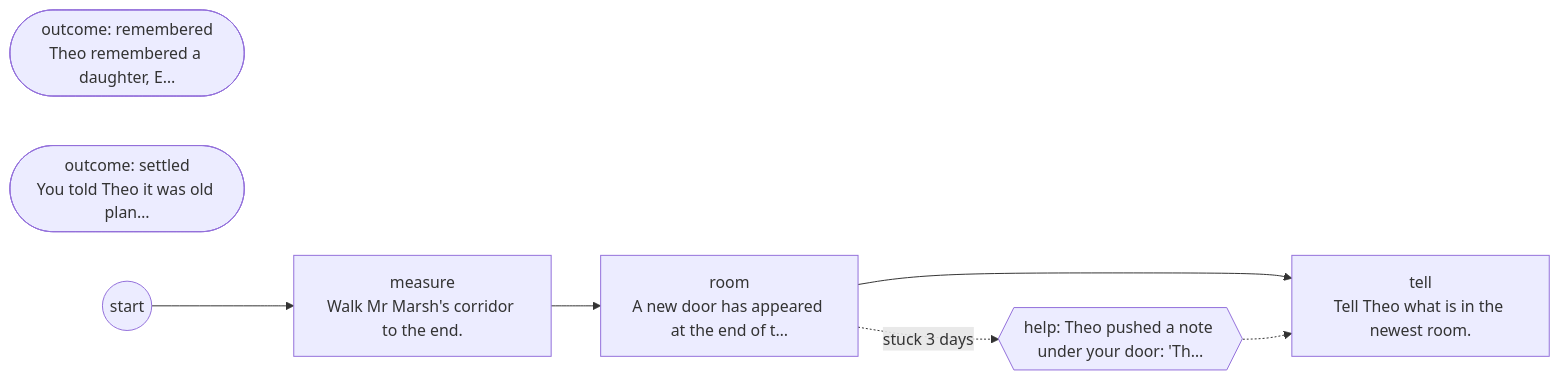
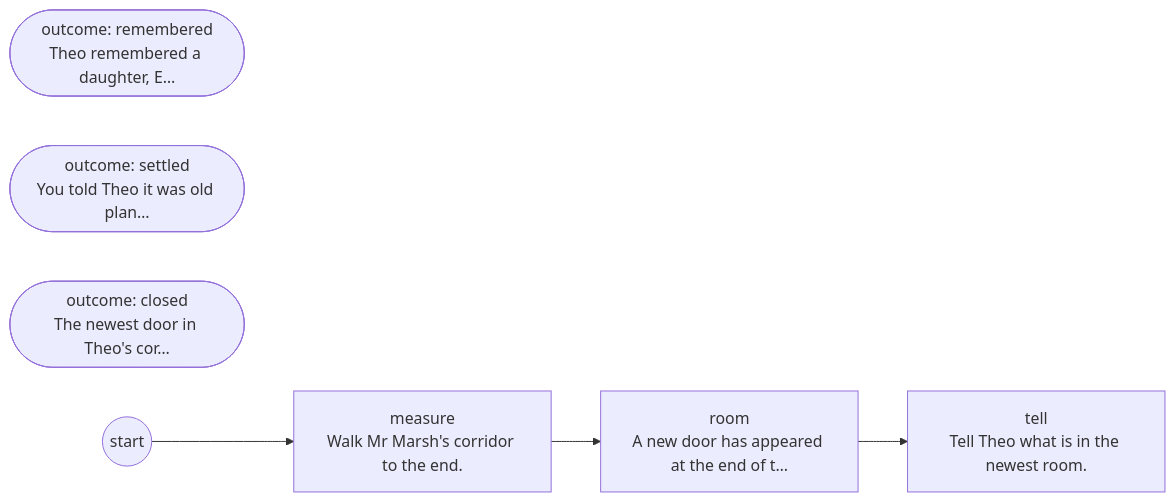
The third of 15 diagrams in docs/generated/cases.md (DoctorStrangeSH/ECHOES-OF-THE-VEIL), drawn with Mermaid before and after one commit. The commit also changed other lines of this file and 46 other files, not shown here.

````diff
--- a/docs/generated/cases.md
+++ b/docs/generated/cases.md
@@ -51,14 +41,12 @@
 ```mermaid
 flowchart LR
   case_larger_house_measure["measure<br/>Walk Mr Marsh's corridor to the end."]
   case_larger_house_room["room<br/>A new door has appeared at the end of t…"]
   case_larger_house_tell["tell<br/>Tell Theo what is in the newest room."]
   case_larger_house_measure --> case_larger_house_room
   case_larger_house_room --> case_larger_house_tell
   case_larger_house_out_remembered(["outcome: remembered<br/>Theo remembered a daughter, E…"])
   case_larger_house_out_settled(["outcome: settled<br/>You told Theo it was old plan…"])
+  case_larger_house_out_closed(["outcome: closed<br/>The newest door in Theo's cor…"])
   case_larger_house_START(("start")) --> case_larger_house_measure
-  case_larger_house_ff_0{{"help: Theo pushed a note under your door: 'Th…"}}
-  case_larger_house_room -.->|"stuck 3 days"| case_larger_house_ff_0
-  case_larger_house_ff_0 -.-> case_larger_house_tell
 ```
````
